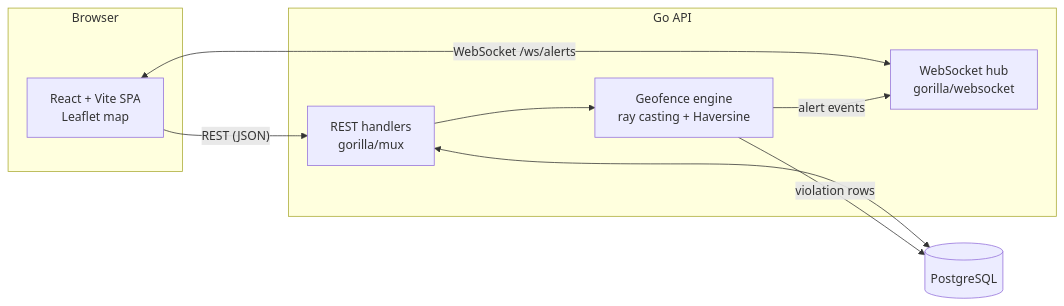
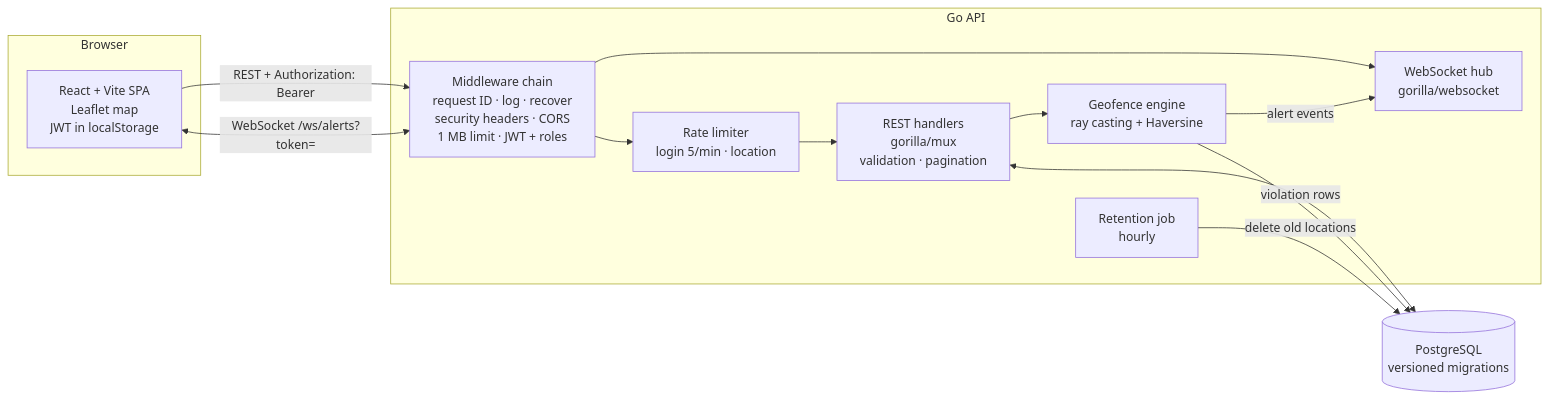
Before and after one commit to ANJALI01322/Geofencing-Real-time-Alert-System: the diagram in README.md, drawn with Mermaid. The commit also changed other lines of this file and 46 other files, not shown here.

First line of the commit message:
feat: JWT auth with roles, validation, pagination, indexes, migrations, rate limiting

````diff
--- a/README.md
+++ b/README.md
@@ -38,21 +41,27 @@
 ```mermaid
 flowchart LR
     subgraph Browser
-        UI[React + Vite SPA<br/>Leaflet map]
+        UI[React + Vite SPA<br/>Leaflet map<br/>JWT in localStorage]
     end
 
     subgraph Go API
-        R[REST handlers<br/>gorilla/mux]
+        MW[Middleware chain<br/>request ID · log · recover<br/>security headers · CORS<br/>1 MB limit · JWT + roles]
+        R[REST handlers<br/>gorilla/mux<br/>validation · pagination]
+        RL[Rate limiter<br/>login 5/min · location]
         GEO[Geofence engine<br/>ray casting + Haversine]
         HUB[WebSocket hub<br/>gorilla/websocket]
+        JOB[Retention job<br/>hourly]
     end
 
-    DB[(PostgreSQL)]
+    DB[(PostgreSQL<br/>versioned migrations)]
 
-    UI -- "REST (JSON)" --> R
-    UI <-- "WebSocket /ws/alerts" --> HUB
+    UI -- "REST + Authorization: Bearer" --> MW
+    UI <-- "WebSocket /ws/alerts?token=" --> MW
+    MW --> RL --> R
+    MW --> HUB
     R --> GEO
     R <--> DB
     GEO -- "violation rows" --> DB
     GEO -- "alert events" --> HUB
+    JOB -- "delete old locations" --> DB
 ```
````
